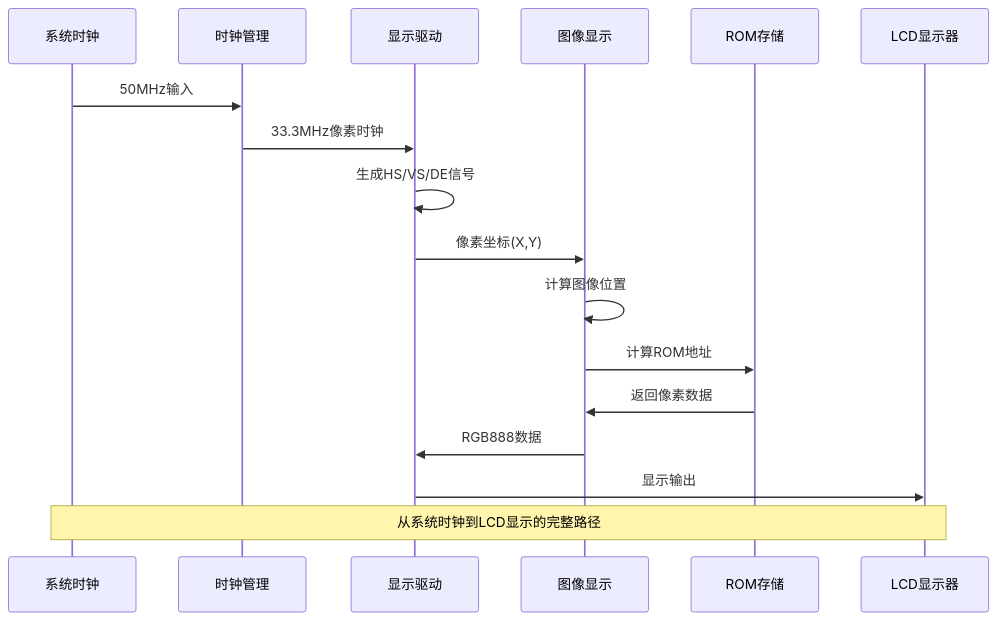
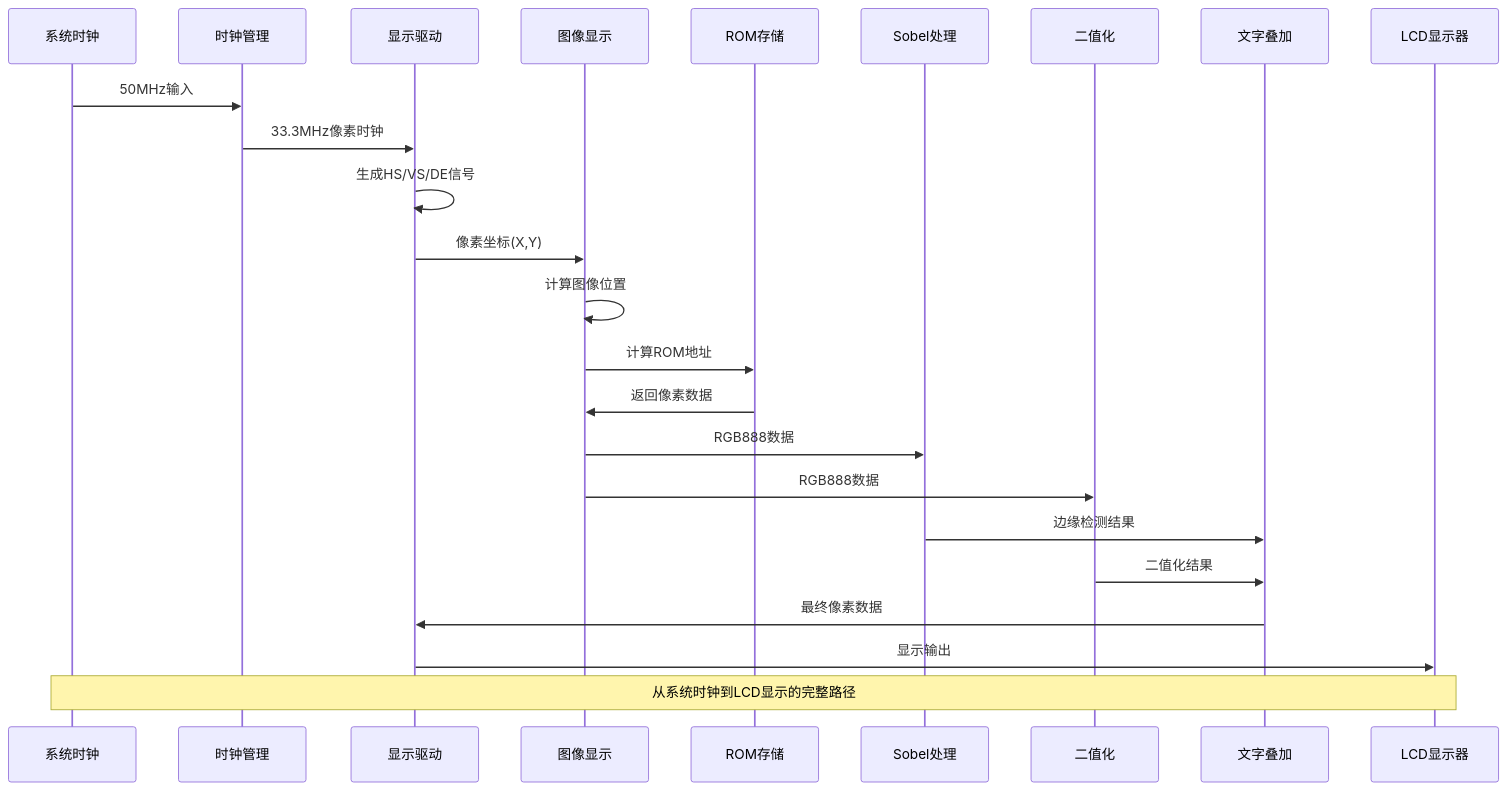
Before and after one commit to soupherexd/LCD_ROM_PIC: the ninth of 11 diagrams in .qoder/repowiki/zh/content/项目概述/技术架构/技术架构.md, drawn with Mermaid. The commit also changed other lines of this file and 5 other files, not shown here.

````diff
--- a/.qoder/repowiki/zh/content/项目概述/技术架构/技术架构.md
+++ b/.qoder/repowiki/zh/content/项目概述/技术架构/技术架构.md
@@ -381,19 +500,26 @@
 ```mermaid
 sequenceDiagram
 participant SYS as 系统时钟
 participant PLL as 时钟管理
 participant DRV as 显示驱动
 participant DSP as 图像显示
 participant ROM as ROM存储
+participant SOBEL as Sobel处理
+participant BINARY as 二值化
+participant TEXT as 文字叠加
 participant LCD as LCD显示器
 SYS->>PLL : 50MHz输入
 PLL->>DRV : 33.3MHz像素时钟
 DRV->>DRV : 生成HS/VS/DE信号
 DRV->>DSP : 像素坐标(X,Y)
 DSP->>DSP : 计算图像位置
 DSP->>ROM : 计算ROM地址
 ROM->>DSP : 返回像素数据
-DSP->>DRV : RGB888数据
+DSP->>SOBEL : RGB888数据
+DSP->>BINARY : RGB888数据
+SOBEL->>TEXT : 边缘检测结果
+BINARY->>TEXT : 二值化结果
+TEXT->>DRV : 最终像素数据
 DRV->>LCD : 显示输出
 Note over SYS,LCD : 从系统时钟到LCD显示的完整路径
 ```
````
